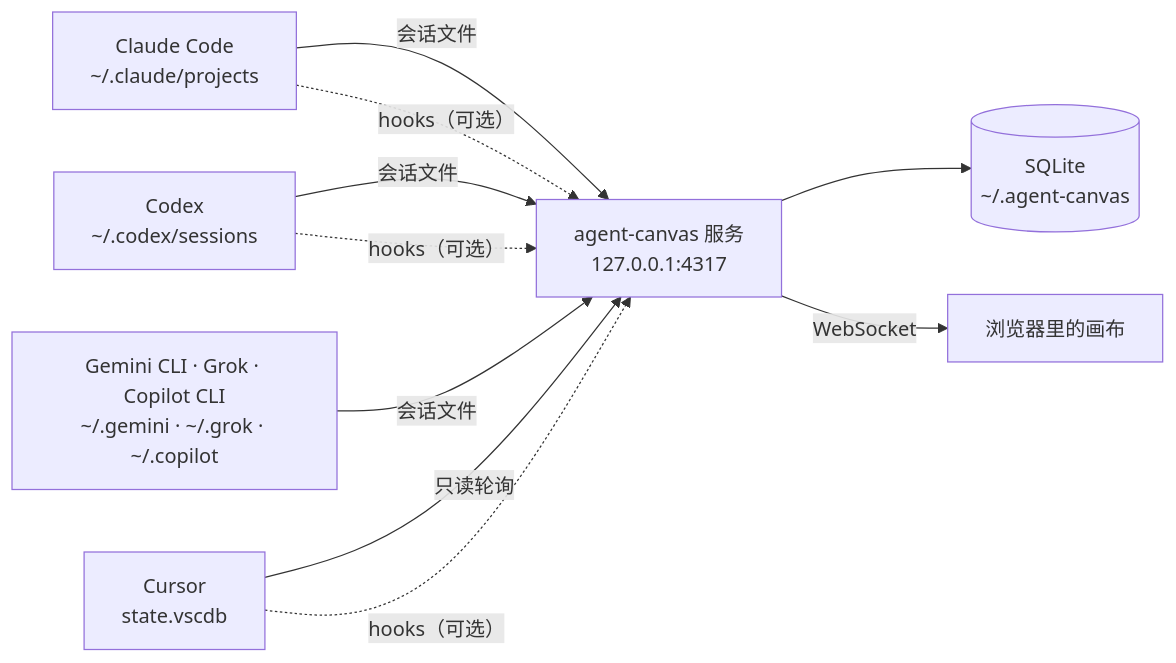
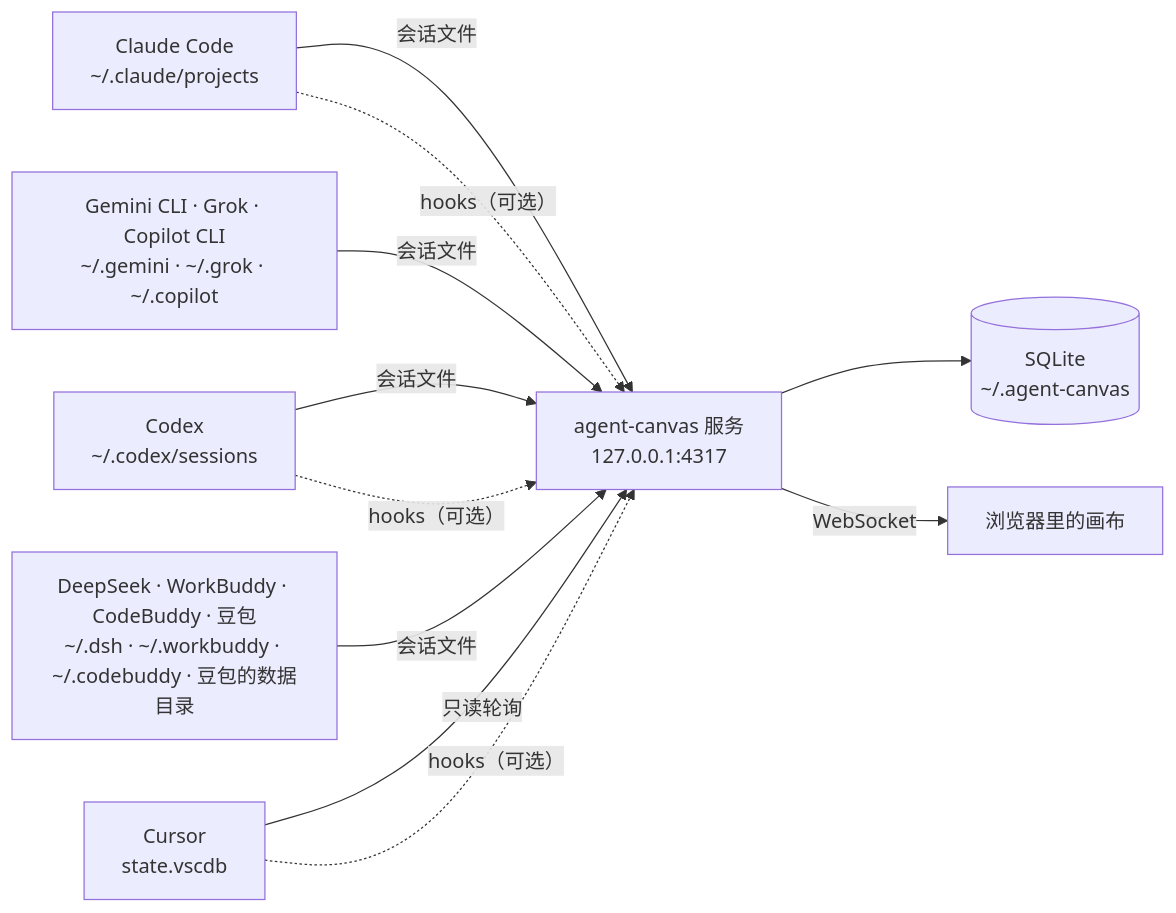
The diagram in README.md (qtxsnwwb/agent-canvas), drawn with Mermaid before and after one commit. The commit also changed other lines of this file and 6 other files, not shown here.

````diff
--- a/README.md
+++ b/README.md
@@ -209,12 +223,13 @@
 ```mermaid
 flowchart LR
   A["Claude Code<br/>~/.claude/projects"] -->|会话文件| S
   B["Codex<br/>~/.codex/sessions"] -->|会话文件| S
   C["Cursor<br/>state.vscdb"] -->|只读轮询| S
   G["Gemini CLI · Grok · Copilot CLI<br/>~/.gemini · ~/.grok · ~/.copilot"] -->|会话文件| S
+  N["DeepSeek · WorkBuddy · CodeBuddy · 豆包<br/>~/.dsh · ~/.workbuddy · ~/.codebuddy · 豆包的数据目录"] -->|会话文件| S
   A -.->|hooks（可选）| S
   B -.->|hooks（可选）| S
   C -.->|hooks（可选）| S
   S["agent-canvas 服务<br/>127.0.0.1:4317"] --> D[("SQLite<br/>~/.agent-canvas")]
   S -->|WebSocket| W["浏览器里的画布"]
 ```
````
